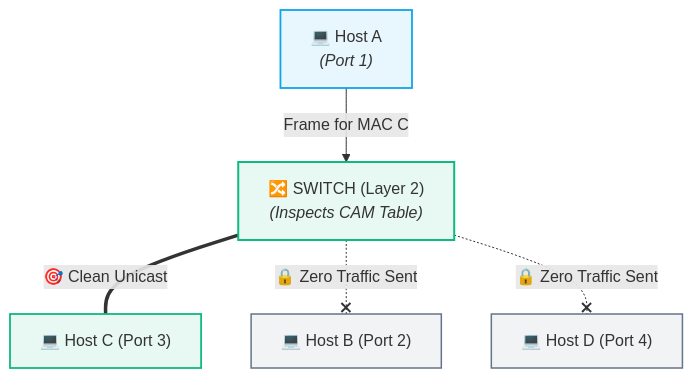
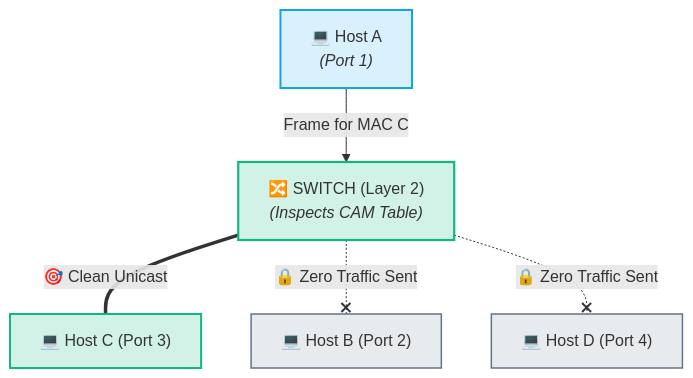
One commit to abhinavbharti2345/CS_Notes changed the second of 5 diagrams in CS/Computer Networking/01. Architecture & Fundamentals/05. Network Hardware - Hub, Switch, Router, Modem.md. Above: the diagram before and after it, drawn with Mermaid. The commit also changed other lines of this file and 20 other files, not shown here.

Commit message:
feat: add foundational notes and diagrams for computer networking, data structures, and machine learning pipelines

````diff
--- a/CS/Computer Networking/01. Architecture & Fundamentals/05. Network Hardware - Hub, Switch, Router, Modem.md
+++ b/CS/Computer Networking/01. Architecture & Fundamentals/05. Network Hardware - Hub, Switch, Router, Modem.md
@@ -64,17 +64,17 @@
 ```mermaid
 flowchart TD
     HostA2["💻 Host A<br><i>(Port 1)</i>"] -->|"Frame for MAC C"| Switch["🔀 SWITCH (Layer 2)<br><i>(Inspects CAM Table)</i>"]
     Switch ===|"🎯 Clean Unicast"| HostC2["💻 Host C (Port 3)"]
     Switch -.-x|"🔒 Zero Traffic Sent"| HostB2["💻 Host B (Port 2)"]
     Switch -.-x|"🔒 Zero Traffic Sent"| HostD2["💻 Host D (Port 4)"]
 
-    classDef sender fill:#0ea5e918,stroke:#0ea5e9,stroke-width:1.8px;
-    classDef sw fill:#10b98118,stroke:#10b981,stroke-width:2px;
-    classDef target fill:#10b98118,stroke:#10b981,stroke-width:1.8px;
-    classDef silent fill:#64748b15,stroke:#64748b,stroke-width:1.5px;
+    classDef sender fill:#0ea5e928,stroke:#0ea5e9,stroke-width:2px;
+    classDef sw fill:#10b98130,stroke:#10b981,stroke-width:2.2px;
+    classDef target fill:#10b98130,stroke:#10b981,stroke-width:2px;
+    classDef silent fill:#64748b25,stroke:#64748b,stroke-width:1.5px;
 
     class HostA2 sender;
     class Switch sw;
     class HostC2 target;
     class HostB2,HostD2 silent;
 ```
````
